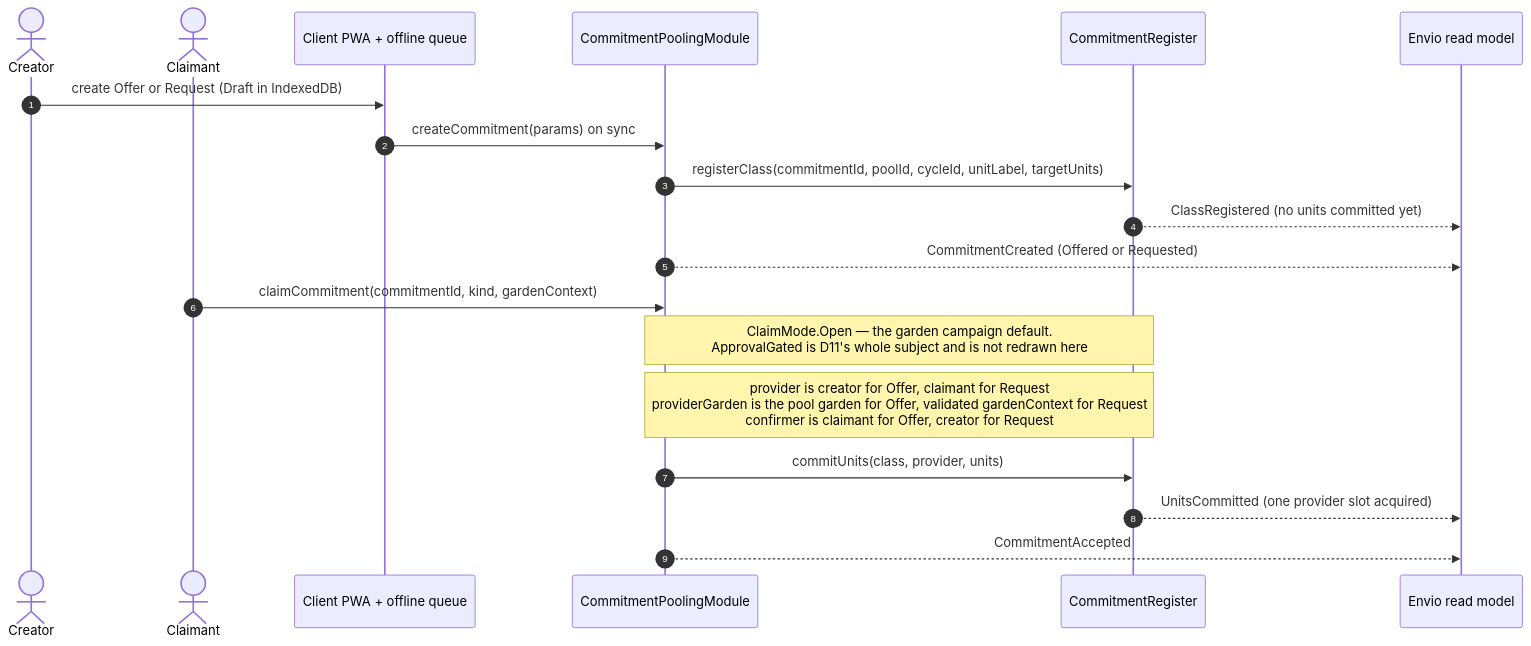
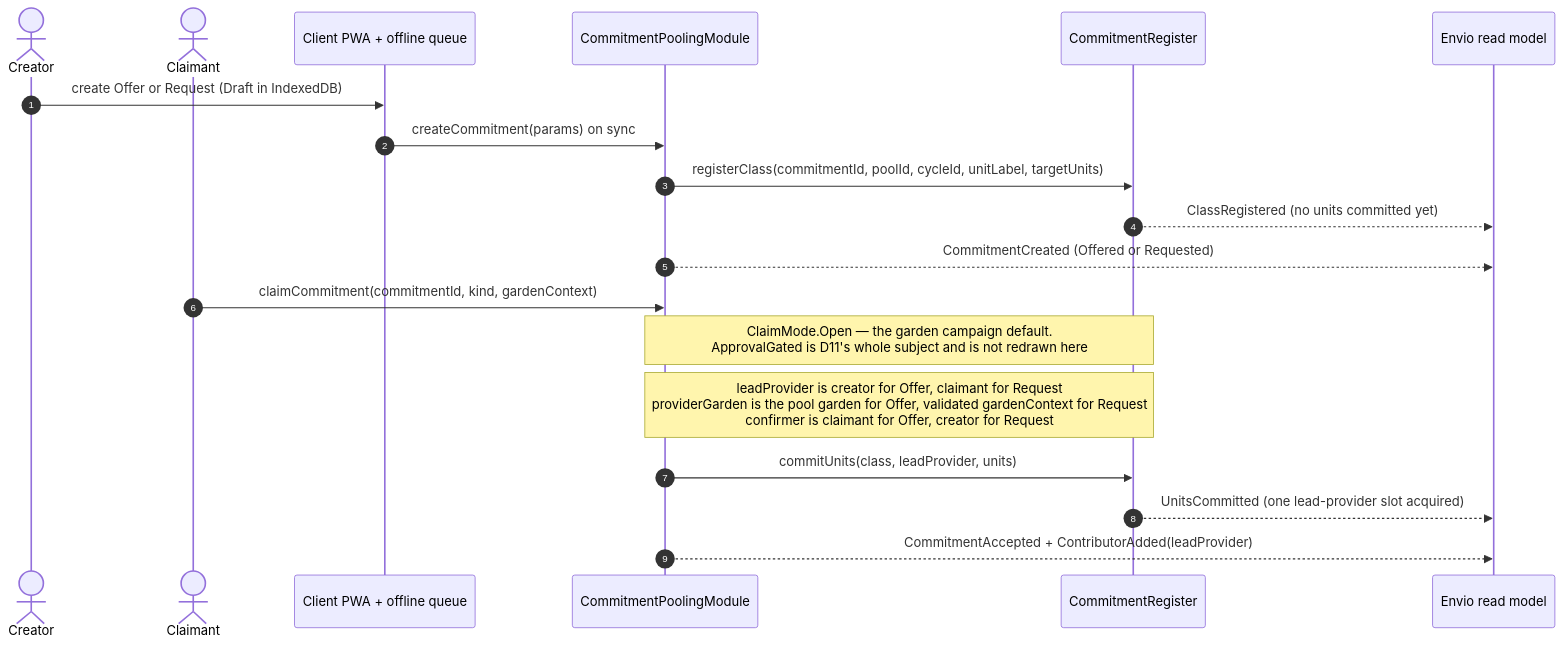
The fourth of 35 diagrams in .plans/active/commitment-pooling/diagrams.md (greenpill-dev-guild/green-goods), drawn with Mermaid before and after one commit. The commit also changed other lines of this file and 40 other files, not shown here.

````diff
--- a/.plans/active/commitment-pooling/diagrams.md
+++ b/.plans/active/commitment-pooling/diagrams.md
@@ -297,22 +299,22 @@
 ```mermaid
 sequenceDiagram
   autonumber
   actor A as Creator
   actor B as Claimant
   participant PWA as Client PWA + offline queue
   participant M as CommitmentPoolingModule
   participant R as CommitmentRegister
   participant IDX as Envio read model
 
   A->>PWA: create Offer or Request (Draft in IndexedDB)
   PWA->>M: createCommitment(params) on sync
   M->>R: registerClass(commitmentId, poolId, cycleId, unitLabel, targetUnits)
   R-->>IDX: ClassRegistered (no units committed yet)
   M-->>IDX: CommitmentCreated (Offered or Requested)
   B->>M: claimCommitment(commitmentId, kind, gardenContext)
   Note over M,R: ClaimMode.Open — the garden campaign default.<br/>ApprovalGated is D11's whole subject and is not redrawn here
-  Note over M,R: provider is creator for Offer, claimant for Request<br/>providerGarden is the pool garden for Offer, validated gardenContext for Request<br/>confirmer is claimant for Offer, creator for Request
-  M->>R: commitUnits(class, provider, units)
-  R-->>IDX: UnitsCommitted (one provider slot acquired)
-  M-->>IDX: CommitmentAccepted
+  Note over M,R: leadProvider is creator for Offer, claimant for Request<br/>providerGarden is the pool garden for Offer, validated gardenContext for Request<br/>confirmer is claimant for Offer, creator for Request
+  M->>R: commitUnits(class, leadProvider, units)
+  R-->>IDX: UnitsCommitted (one lead-provider slot acquired)
+  M-->>IDX: CommitmentAccepted + ContributorAdded(leadProvider)
 ```
````
